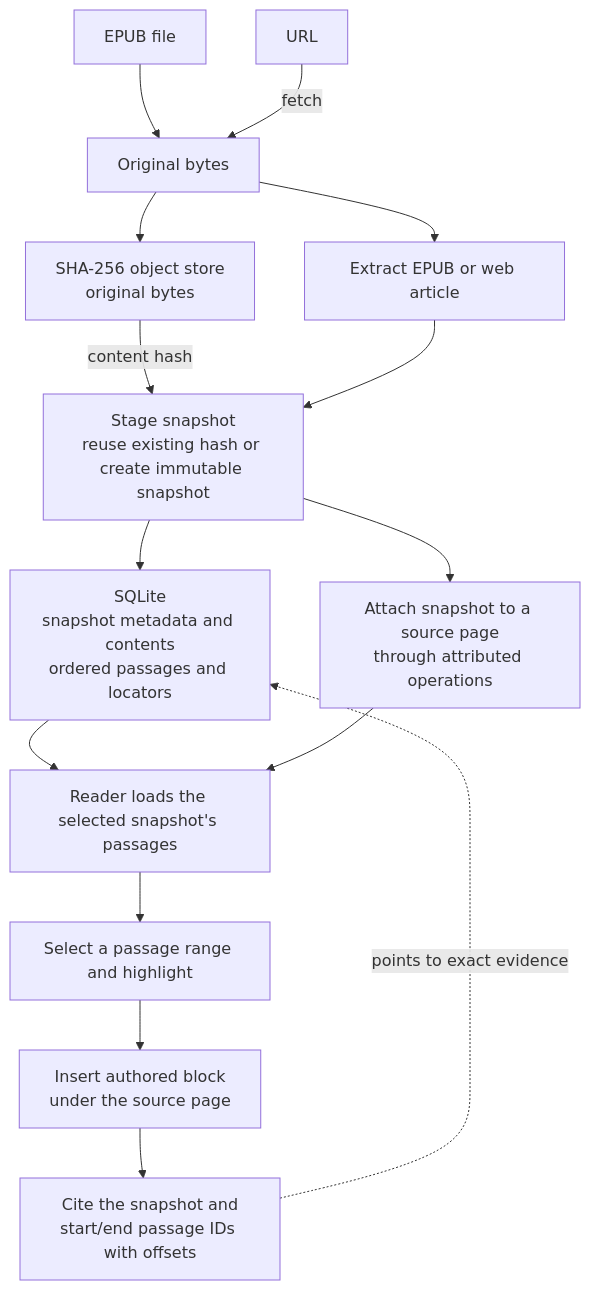
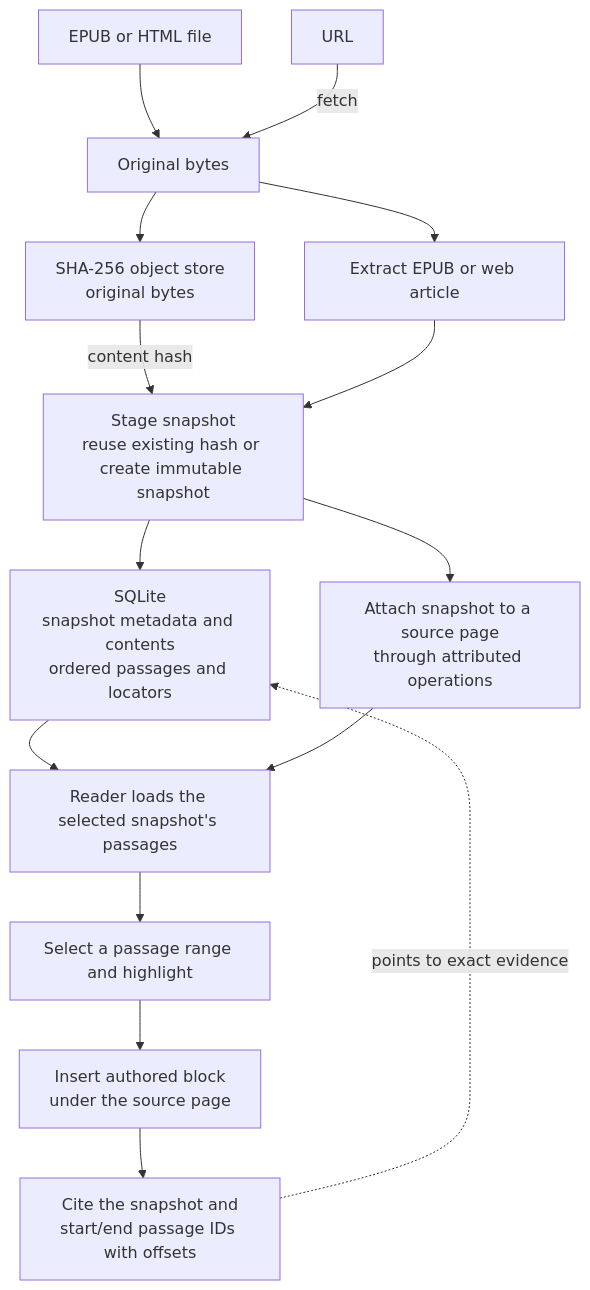
The third of 5 diagrams in docs/how-it-works.md (solforged/tessera), drawn with Mermaid before and after one commit. The commit also changed other lines of this file and 8 other files, not shown here.

````diff
--- a/docs/how-it-works.md
+++ b/docs/how-it-works.md
@@ -402,17 +402,17 @@
 ```mermaid
 flowchart TD
-    E["EPUB file"] --> B["Original bytes"]
+    E["EPUB or HTML file"] --> B["Original bytes"]
     U["URL"] -->|fetch| B
     B --> O["SHA-256 object store<br/>original bytes"]
     B --> X["Extract EPUB or web article"]
     O -->|content hash| S["Stage snapshot<br/>reuse existing hash or create immutable snapshot"]
     X --> S
     S --> D["SQLite<br/>snapshot metadata and contents<br/>ordered passages and locators"]
     S --> A["Attach snapshot to a source page<br/>through attributed operations"]
     D --> R["Reader loads the selected snapshot's passages"]
     A --> R
     R --> H["Select a passage range and highlight"]
     H --> N["Insert authored block<br/>under the source page"]
     N --> C["Cite the snapshot and<br/>start/end passage IDs with offsets"]
     C -.->|points to exact evidence| D
 ```
````
